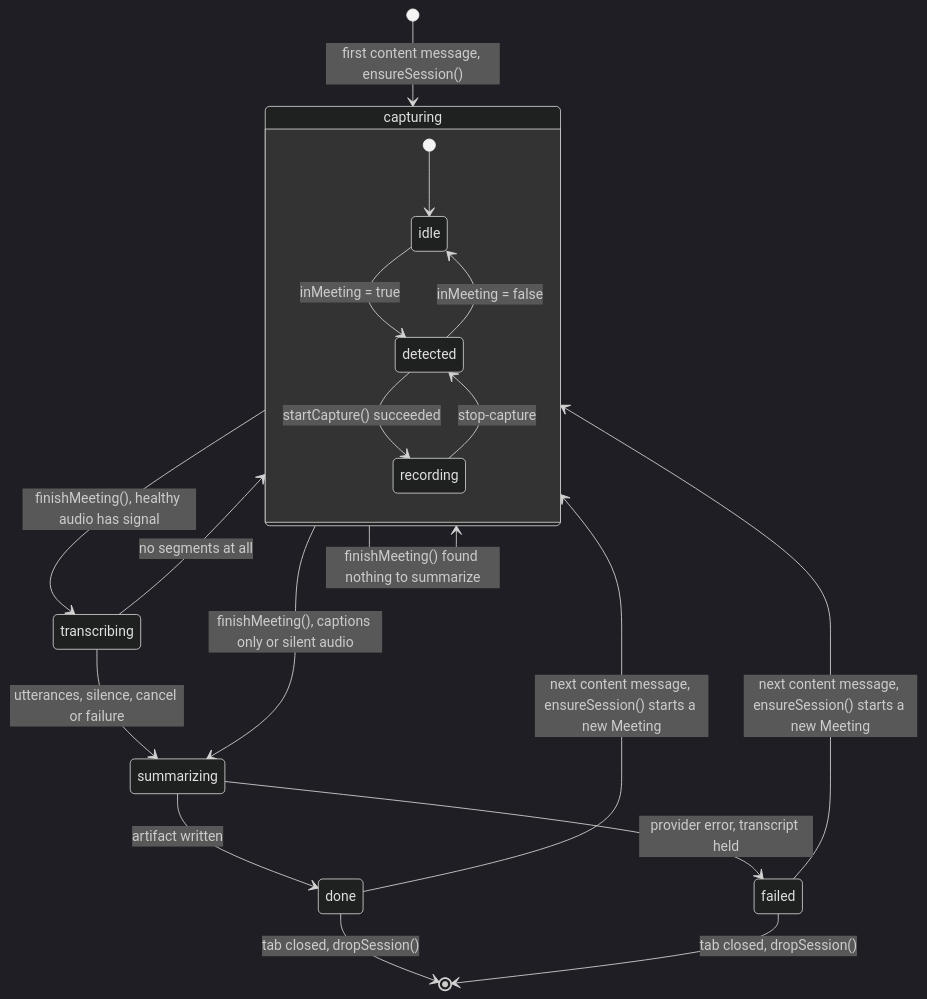
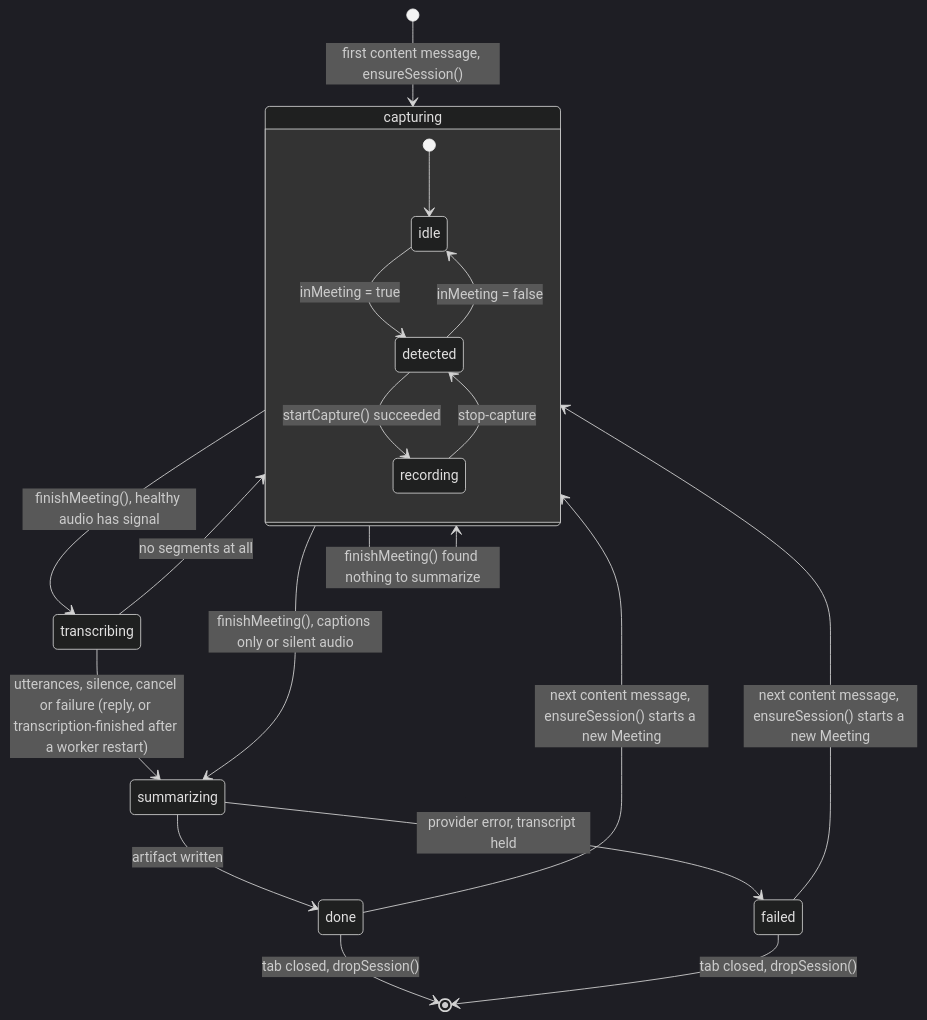
Before and after one commit to dominic676767/meeting-summarizer: the fifth of 11 diagrams in docs/ARCHITECTURE.md, drawn with Mermaid (dark theme). The commit also changed other lines of this file and 4 other files, not shown here.

````diff
--- a/docs/ARCHITECTURE.md
+++ b/docs/ARCHITECTURE.md
@@ -325,24 +329,24 @@
 ```mermaid
 stateDiagram-v2
     [*] --> capturing: first content message, ensureSession()
 
     state capturing {
         [*] --> idle
         idle --> detected: inMeeting = true
         detected --> recording: startCapture() succeeded
         recording --> detected: stop-capture
         detected --> idle: inMeeting = false
     }
 
     capturing --> transcribing: finishMeeting(), healthy audio has signal
     capturing --> summarizing: finishMeeting(), captions only or silent audio
     capturing --> capturing: finishMeeting() found nothing to summarize
-    transcribing --> summarizing: utterances, silence, cancel or failure
+    transcribing --> summarizing: utterances, silence, cancel or failure (reply, or transcription-finished after a worker restart)
     transcribing --> capturing: no segments at all
     summarizing --> done: artifact written
     summarizing --> failed: provider error, transcript held
     done --> capturing: next content message, ensureSession() starts a new Meeting
     failed --> capturing: next content message, ensureSession() starts a new Meeting
     done --> [*]: tab closed, dropSession()
     failed --> [*]: tab closed, dropSession()
 ```
````
